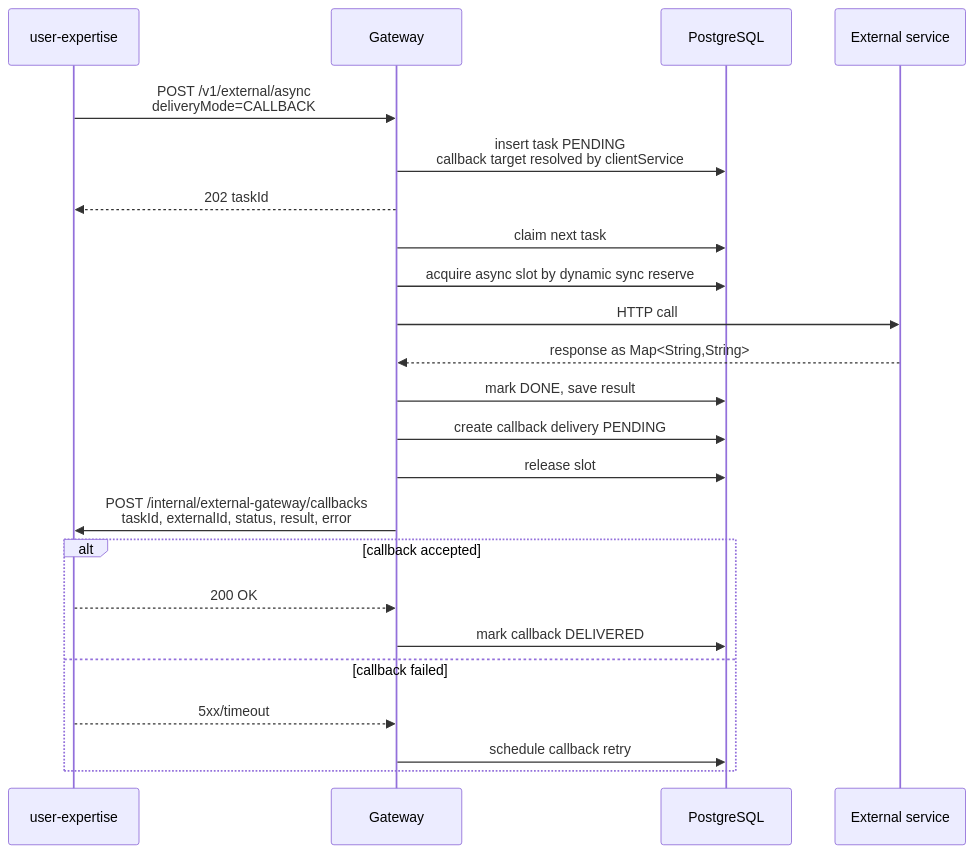
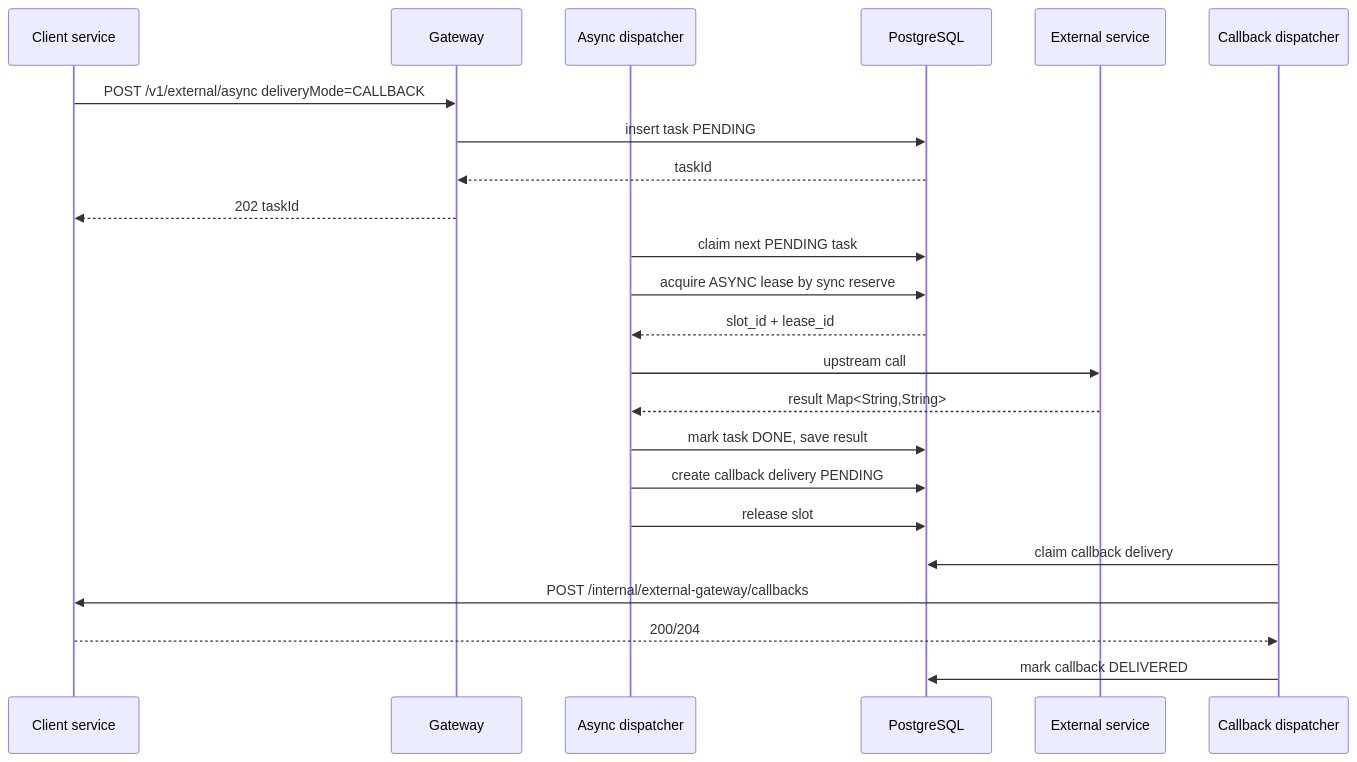
One commit to DenisVanin4402/TestQwenCli changed the seventh of 11 diagrams in docs/external-service-gateway/README.md. Above: the diagram before and after it, drawn with Mermaid. The commit also changed other lines of this file and 11 other files, not shown here.

Commit message:
sync\async api (first init) - обновлена документация

````diff
--- a/docs/external-service-gateway/README.md
+++ b/docs/external-service-gateway/README.md
@@ -208,26 +231,28 @@
 ```mermaid
 sequenceDiagram
-    participant C as user-expertise
+    participant C as Client service
     participant G as Gateway
+    participant D as Async dispatcher
     participant DB as PostgreSQL
     participant E as External service
+    participant CD as Callback dispatcher
 
-    C->>G: POST /v1/external/async<br/>deliveryMode=CALLBACK
-    G->>DB: insert task PENDING<br/>callback target resolved by clientService
+    C->>G: POST /v1/external/async deliveryMode=CALLBACK
+    G->>DB: insert task PENDING
+    DB-->>G: taskId
     G-->>C: 202 taskId
-    G->>DB: claim next task
-    G->>DB: acquire async slot by dynamic sync reserve
-    G->>E: HTTP call
-    E-->>G: response as Map<String,String>
-    G->>DB: mark DONE, save result
-    G->>DB: create callback delivery PENDING
-    G->>DB: release slot
-    G->>C: POST /internal/external-gateway/callbacks<br/>taskId, externalId, status, result, error
-    alt callback accepted
-        C-->>G: 200 OK
-        G->>DB: mark callback DELIVERED
-    else callback failed
-        C-->>G: 5xx/timeout
-        G->>DB: schedule callback retry
-    end
+
+    D->>DB: claim next PENDING task
+    D->>DB: acquire ASYNC lease by sync reserve
+    DB-->>D: slot_id + lease_id
+    D->>E: upstream call
+    E-->>D: result Map<String,String>
+    D->>DB: mark task DONE, save result
+    D->>DB: create callback delivery PENDING
+    D->>DB: release slot
+
+    CD->>DB: claim callback delivery
+    CD->>C: POST /internal/external-gateway/callbacks
+    C-->>CD: 200/204
+    CD->>DB: mark callback DELIVERED
 ```
````
